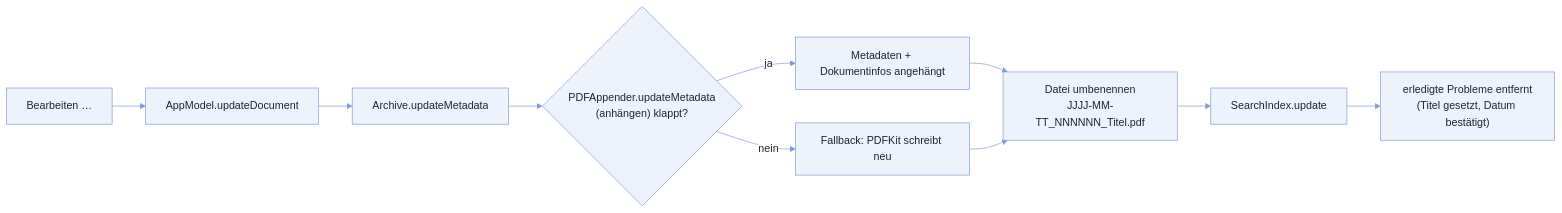
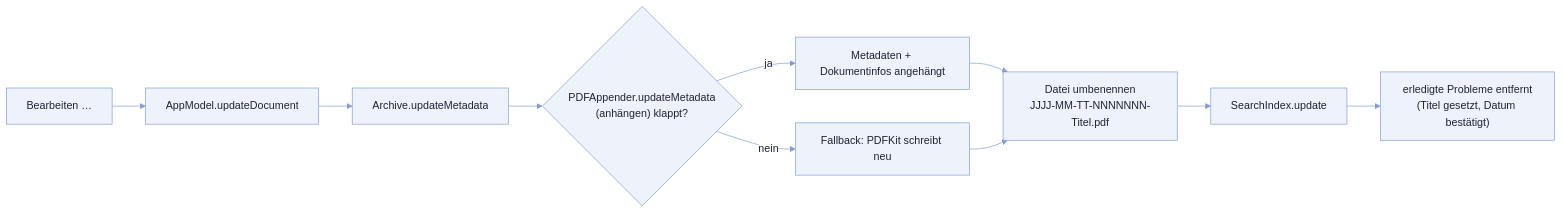
Diagram 11 of 14 in docs/ARCHITEKTUR.md (maziac/the-archiver-src), drawn with Mermaid before and after one commit. The commit also changed other lines of this file and 9 other files, not shown here.

Commit message:
Dateinamen: JJJJ-MM-TT-NNNNNNN-Titel.pdf (Bindestriche, siebenstellige Nummer); alte Form wird weiter gelesen

````diff
--- a/docs/ARCHITEKTUR.md
+++ b/docs/ARCHITEKTUR.md
@@ -396,12 +396,12 @@
 ```mermaid
 %%{init: {"theme": "base", "themeVariables": {"lineColor": "#7f9cd6", "primaryColor": "#eef2fa", "primaryTextColor": "#1d2433", "primaryBorderColor": "#7f9cd6", "secondaryColor": "#f3f0fa", "tertiaryColor": "#f6f8fc", "clusterBkg": "#f6f8fc", "clusterBorder": "#7f9cd6", "titleColor": "#1d2433", "edgeLabelBackground": "#ffffff", "textColor": "#1d2433", "signalColor": "#7f9cd6", "signalTextColor": "#7f9cd6", "actorBkg": "#eef2fa", "actorBorder": "#7f9cd6", "actorTextColor": "#1d2433", "actorLineColor": "#7f9cd6", "labelBoxBkgColor": "#eef2fa", "labelTextColor": "#1d2433", "loopTextColor": "#7f9cd6", "noteBkgColor": "#fff7d6", "noteTextColor": "#1d2433"}, "themeCSS": ".flowchart-link, .messageLine0, .messageLine1, .actor-line { stroke-width: 2px !important; }"}}%%
 flowchart LR
     A["Bearbeiten …"] --> B["AppModel.updateDocument"]
     B --> C["Archive.updateMetadata"]
     C --> D{"PDFAppender.updateMetadata<br/>(anhängen) klappt?"}
     D -- ja --> E["Metadaten + Dokumentinfos angehängt"]
     D -- nein --> E2["Fallback: PDFKit schreibt neu"]
-    E & E2 --> F["Datei umbenennen<br/>JJJJ-MM-TT_NNNNNN_Titel.pdf"]
+    E & E2 --> F["Datei umbenennen<br/>JJJJ-MM-TT-NNNNNNN-Titel.pdf"]
     F --> G["SearchIndex.update"]
     G --> H["erledigte Probleme entfernt<br/>(Titel gesetzt, Datum bestätigt)"]
 ```
````
